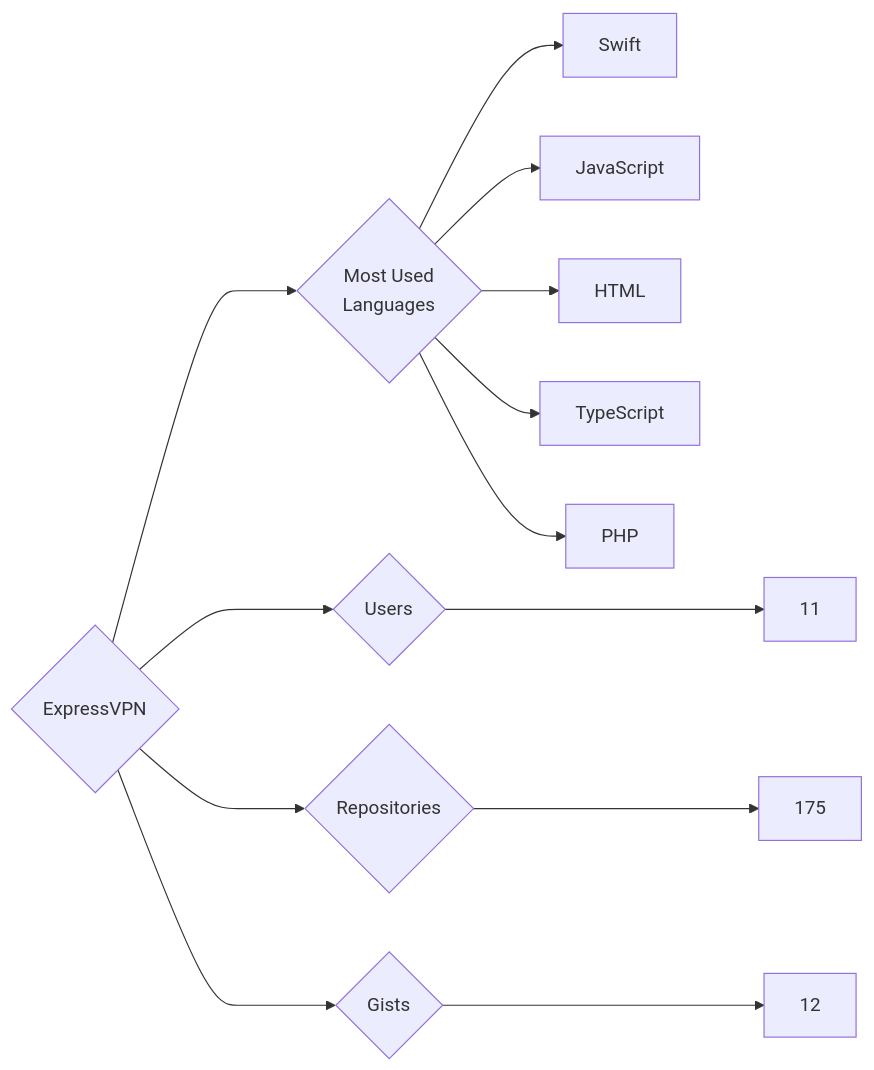
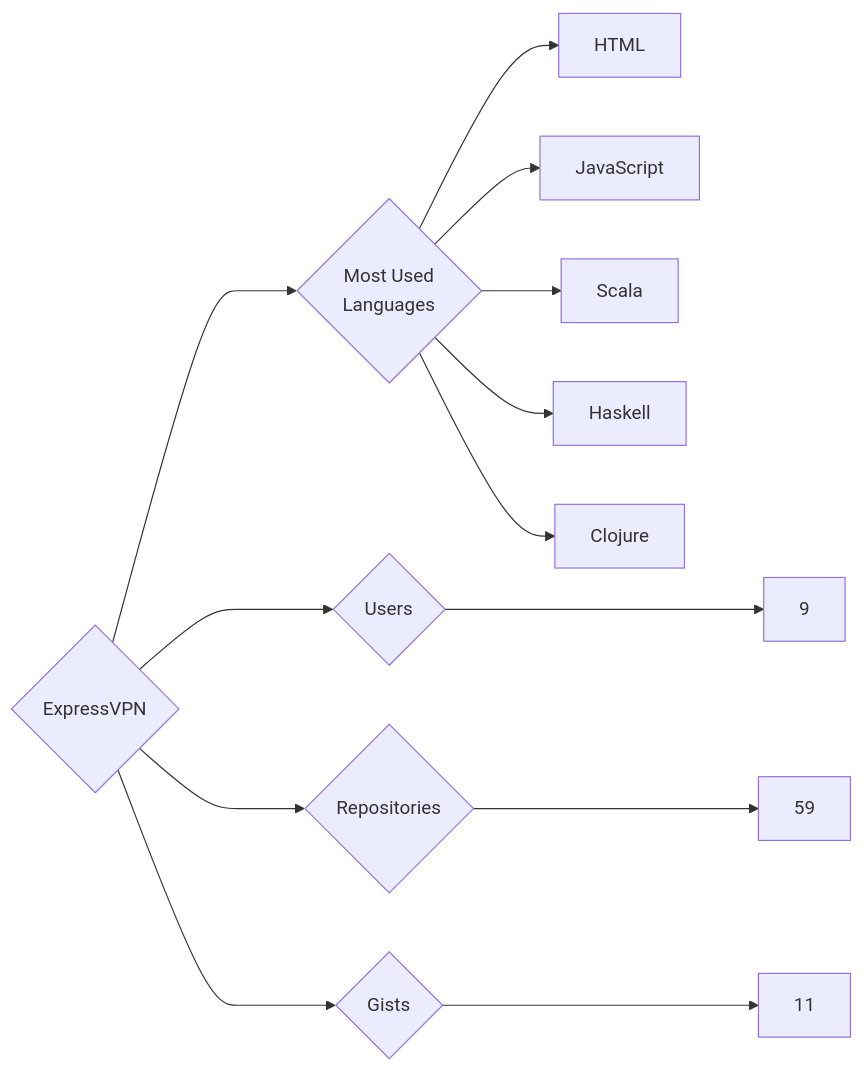
Before and after one commit to trickest/insiders: the diagram in targets/ExpressVPN/README.md, drawn with Mermaid. The commit also changed 997 other files, not shown here.

````diff
--- a/targets/ExpressVPN/README.md
+++ b/targets/ExpressVPN/README.md
@@ -3,13 +3,13 @@
 ```mermaid
 graph LR
 COMPANY_NAME{ExpressVPN}
-COMPANY_NAME ---> U{Users} ---> UN[11]
-COMPANY_NAME ---> R{Repositories} ---> RN[175]
-COMPANY_NAME ---> G{Gists} ---> GN[12]
+COMPANY_NAME ---> U{Users} ---> UN[9]
+COMPANY_NAME ---> R{Repositories} ---> RN[59]
+COMPANY_NAME ---> G{Gists} ---> GN[11]
 COMPANY_NAME ---> ML{Most Used<br>Languages}
-ML --> Swift[Swift]
+ML --> HTML[HTML]
 ML --> JavaScript[JavaScript]
-ML --> HTML[HTML]
-ML --> TypeScript[TypeScript]
-ML --> PHP[PHP]
+ML --> Scala[Scala]
+ML --> Haskell[Haskell]
+ML --> Clojure[Clojure]
 ```
````
